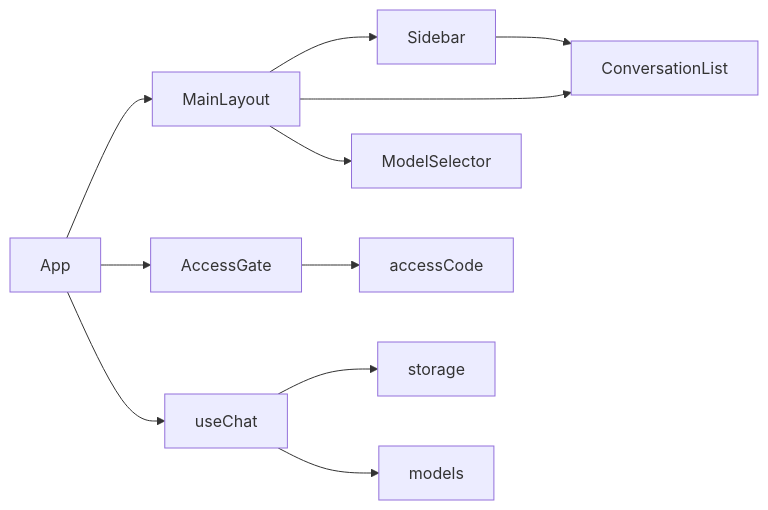
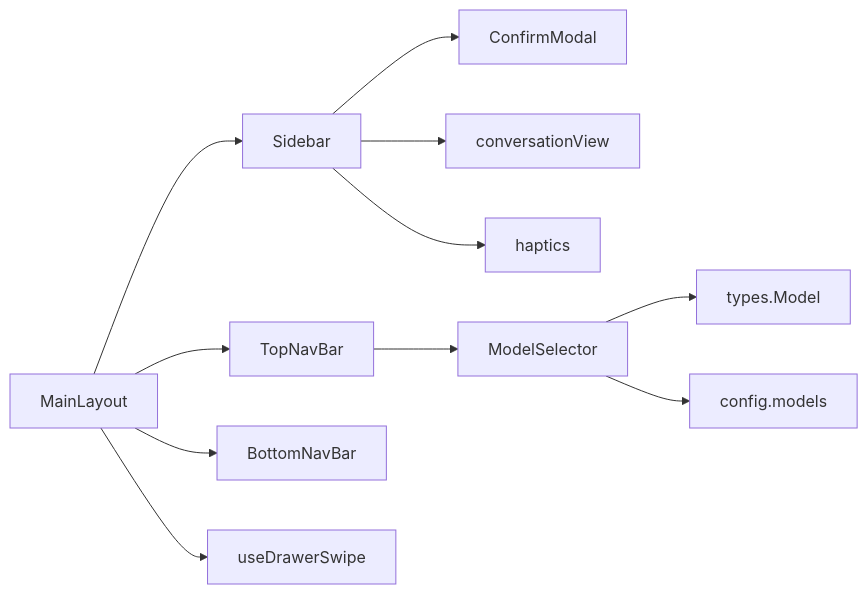
The seventh of 7 diagrams in .qoder/repowiki/zh/content/核心组件/核心组件.md (billye220670/AIShop), drawn with Mermaid before and after one commit. The commit also changed other lines of this file and 135 other files, not shown here.

````diff
--- a/.qoder/repowiki/zh/content/核心组件/核心组件.md
+++ b/.qoder/repowiki/zh/content/核心组件/核心组件.md
@@ -309,13 +298,13 @@
 ```mermaid
 graph LR
-App["App"] --> Layout["MainLayout"]
-App --> Gate["AccessGate"]
-Layout --> Sidebar["Sidebar"]
-Layout --> ConvList["ConversationList"]
-Layout --> ModelSel["ModelSelector"]
-App --> Hook["useChat"]
-Hook --> Storage["storage"]
-Hook --> Models["models"]
-Gate --> AccSvc["accessCode"]
-Sidebar --> ConvList
+ML["MainLayout"] --> SB["Sidebar"]
+ML --> TN["TopNavBar"]
+ML --> BN["BottomNavBar"]
+ML --> SW["useDrawerSwipe"]
+SB --> CM["ConfirmModal"]
+SB --> CV["conversationView"]
+SB --> HT["haptics"]
+TN --> MS["ModelSelector"]
+MS --> TM["types.Model"]
+MS --> MC["config.models"]
 ```
````
